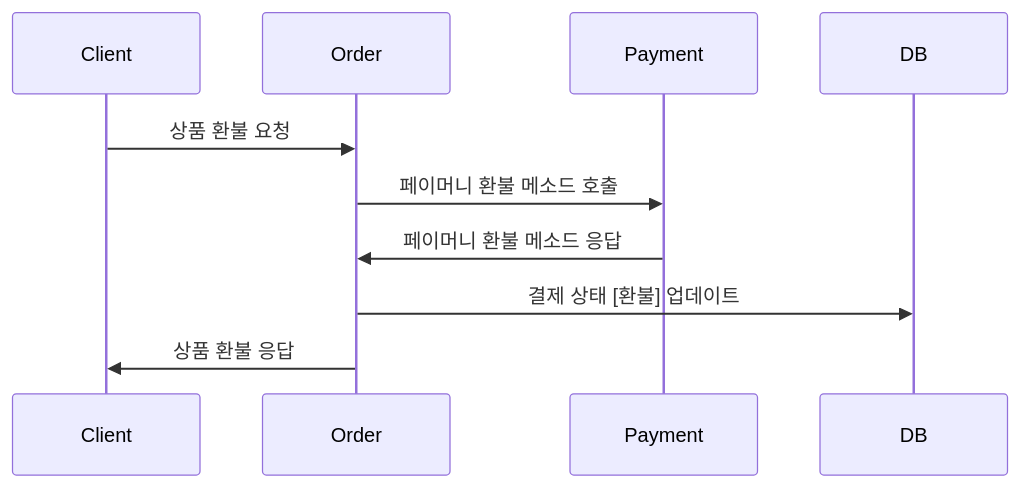
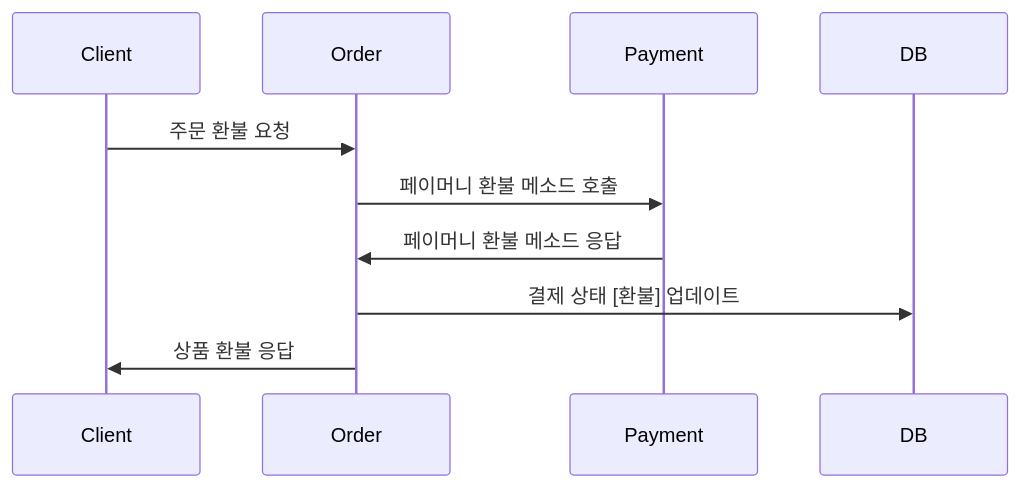
One commit to sungjunjin/til changed the seventh of 8 diagrams in project/project_api.md. Above: the diagram before and after it, drawn with Mermaid. The commit also changed other lines of this file, not shown here.

````diff
--- a/project/project_api.md
+++ b/project/project_api.md
@@ -689,9 +720,9 @@
     ```mermaid
     sequenceDiagram
-        Client ->>  Order : 상품 환불 요청
+        Client ->>  Order : 주문 환불 요청
     		Order ->> Payment : 페이머니 환불 메소드 호출
     		Payment ->> Order : 페이머니 환불 메소드 응답
         
         Order ->> DB : 결제 상태 [환불] 업데이트
         Order ->> Client : 상품 환불 응답
     ```
````
